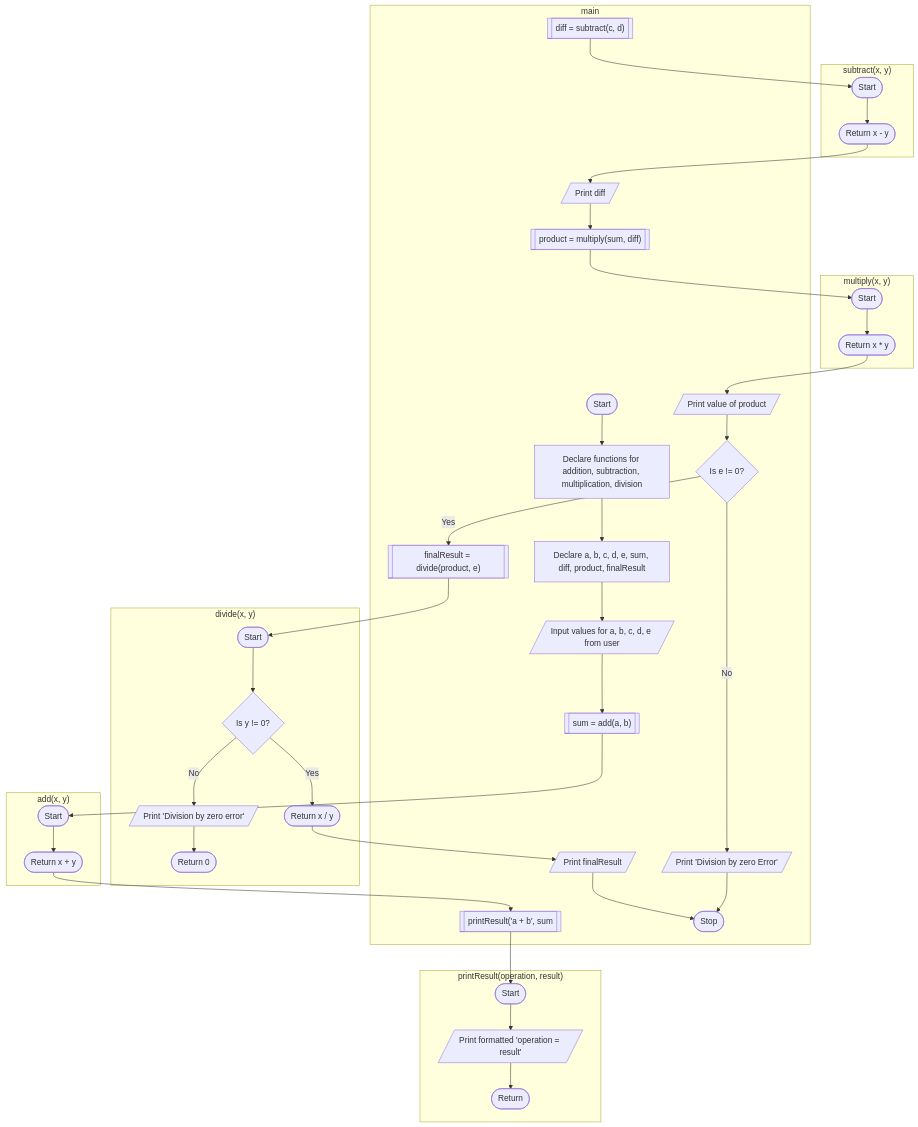
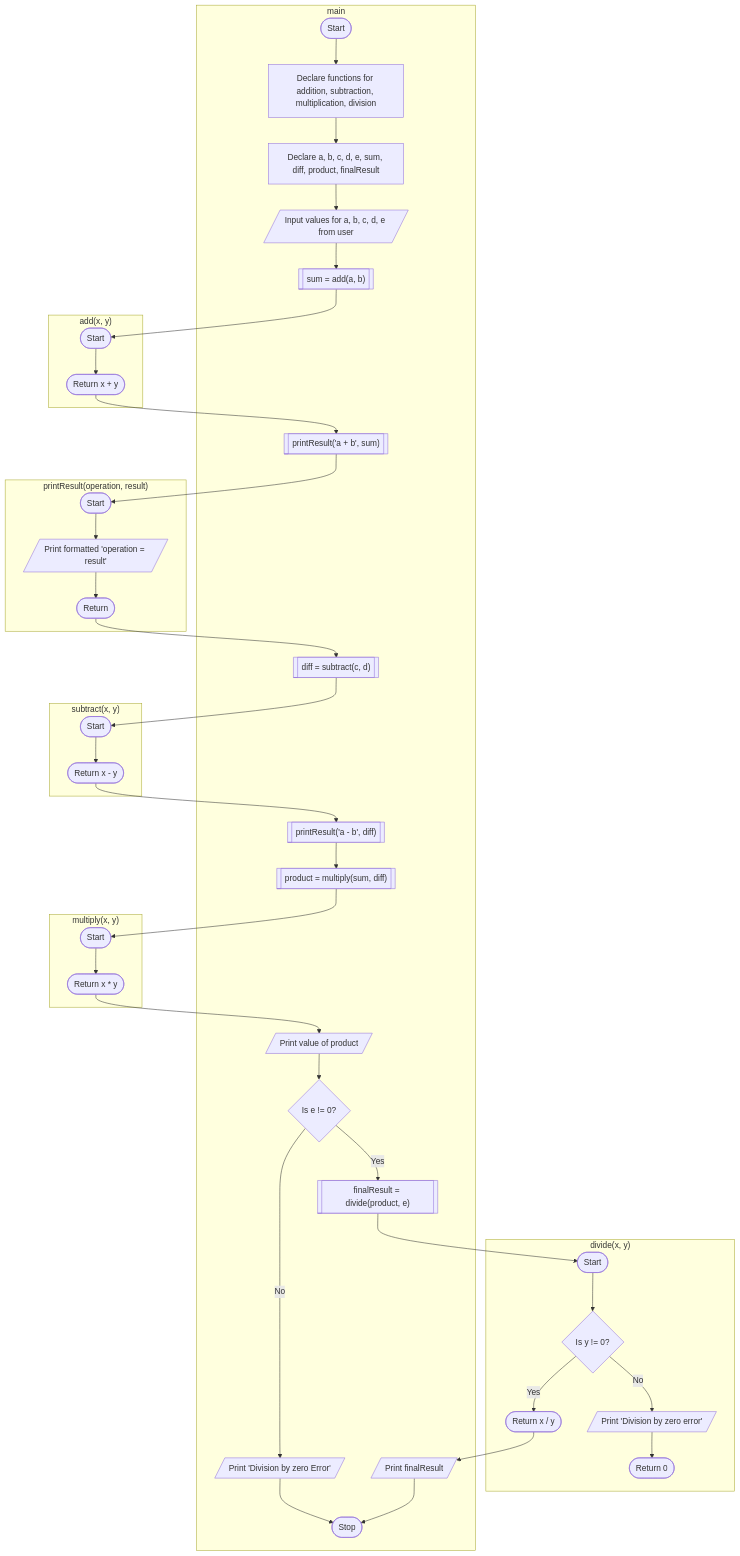
The diagram in PR/P7 - Functions.md (Vinit-source/Programming-for-problem-solving), drawn with Mermaid before and after one commit. The commit also changed other lines of this file, not shown here.

Commit message:
PR/P7 - Functions.md updated from https://stackedit.io/

````diff
--- a/PR/P7 - Functions.md
+++ b/PR/P7 - Functions.md
@@ -20,56 +20,56 @@
 ```mermaid
 graph TD;
 
 subgraph "add(x, y)" 
 	addStart([Start]);
 	B1([Return x + y]);
 	addStart --> B1;
 end
 subgraph "subtract(x, y)"
 	subStart([Start]);
 	B2([Return x - y]);
 	subStart --> B2;
 end
 subgraph "multiply(x, y)"
 	mulStart([Start]);
 	B3([Return x * y]);
 	mulStart --> B3;
 end
 subgraph "divide(x, y)"
 	divStart([Start]);
 	J{Is y != 0?};
     J -- Yes --> K([Return x / y]);
     J -- No --> M[/Print 'Division by zero error'/];
     divStart --> J;
     M --> MR([Return 0]);
 end
 subgraph "printResult(operation, result)"
 	printStart([Start]);
 	P[/Print formatted 'operation = result'/];
 	R([Return]);
 	printStart --> P;
 	P --> R;
 end
 subgraph main
     A([Start]) --> B[Declare functions for addition, subtraction, multiplication, division];
     B --> BB[Declare a, b, c, d, e, sum, diff, product, finalResult];
     BB --> C[/Input values for a, b, c, d, e from user/];
 	C --> CB[["sum = add(a, b)"]];
 	CB --> addStart;
-	B1 --> E 
-    E[["printResult('a + b', sum"]];
-    E --> printStart;F[["diff = subtract(c, d)"]];
+	B1 --> E[["printResult('a + b', sum)"]];
+    E --> printStart;
+    R --> F[["diff = subtract(c, d)"]];
     F --> subStart;
-    B2 --> G[/Print diff/];
+    B2 --> G[["printResult('a - b', diff)"]];
     G --> H[["product = multiply(sum, diff)"]];
     H --> mulStart;
     B3 --> I[/Print value of product/];
     I --> DB0{Is e != 0?};
     DB0 -- Yes --> I1[["finalResult = divide(product, e)"]];
     I1 --> divStart;
     K --> L[/Print finalResult/];
     L --> N([Stop]);
     DB0 -- No --> N0[/"Print 'Division by zero Error'"/];
     N0 --> N
    end
 ```
````
